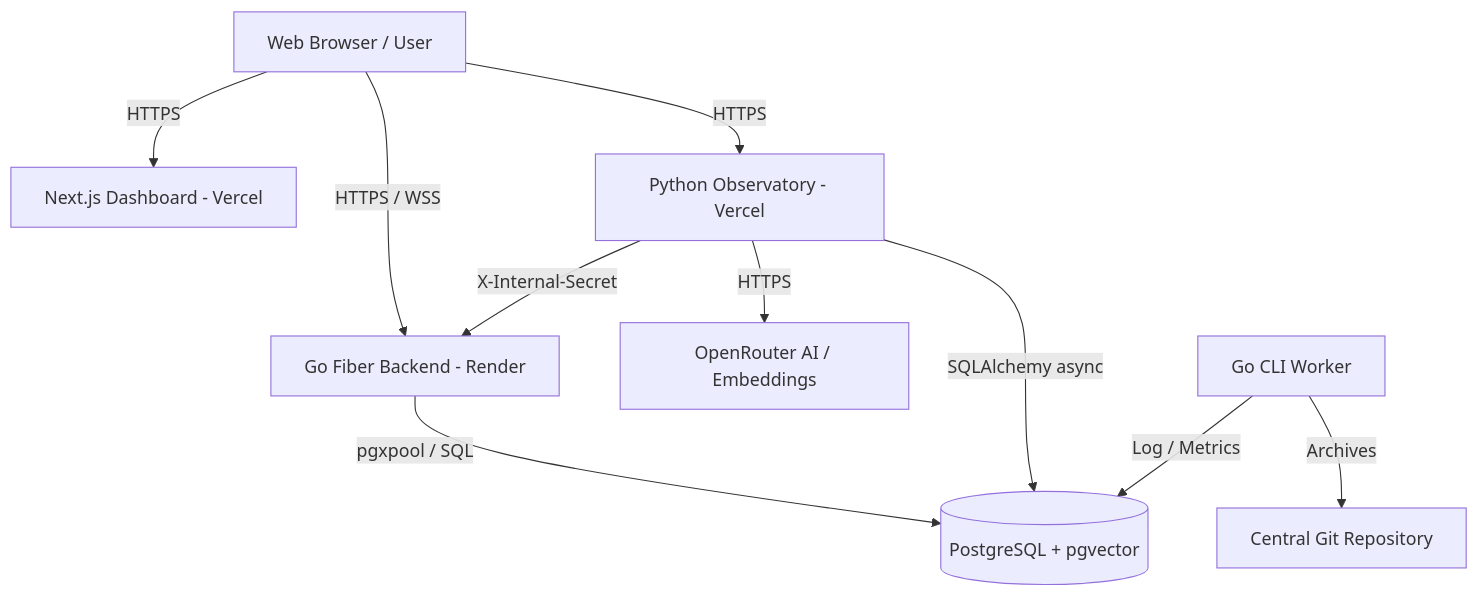
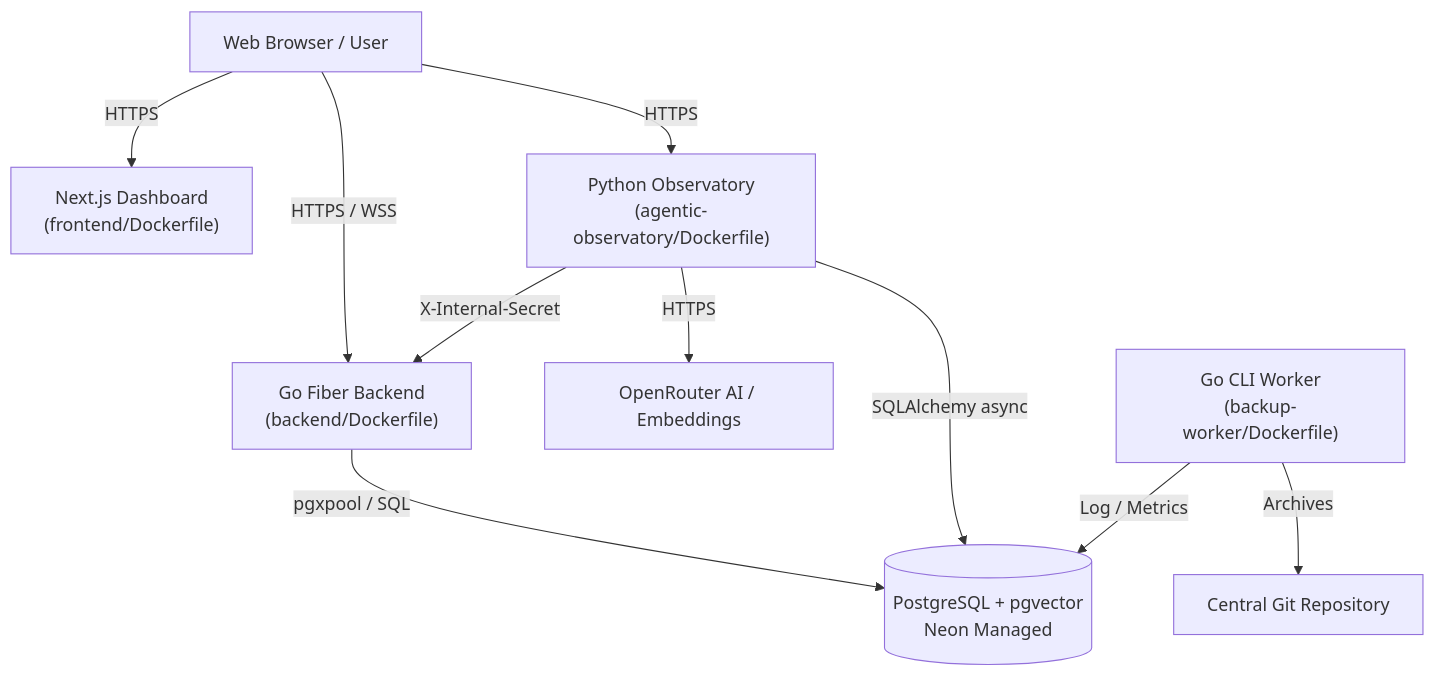
One commit to MishraShardendu22/GitHub-BackUp-Script changed the diagram in README.md. Above: the diagram before and after it, drawn with Mermaid. The commit also changed other lines of this file and 24 other files, not shown here.

````diff
--- a/README.md
+++ b/README.md
@@ -27,14 +31,14 @@
 ```mermaid
 graph TD
-    Client[Web Browser / User] -->|HTTPS| Frontend[Next.js Dashboard - Vercel]
-    Client -->|HTTPS| PythonAgent[Python Observatory - Vercel]
-    Client -->|HTTPS / WSS| GoBackend[Go Fiber Backend - Render]
+    Client[Web Browser / User] -->|HTTPS| Frontend["Next.js Dashboard\n(frontend/Dockerfile)"]
+    Client -->|HTTPS| PythonAgent["Python Observatory\n(agentic-observatory/Dockerfile)"]
+    Client -->|HTTPS / WSS| GoBackend["Go Fiber Backend\n(backend/Dockerfile)"]
 
-    GoBackend -->|pgxpool / SQL| PG[(PostgreSQL + pgvector)]
+    GoBackend -->|pgxpool / SQL| PG[(PostgreSQL + pgvector\nNeon Managed)]
     PythonAgent -->|SQLAlchemy async| PG
     PythonAgent -->|X-Internal-Secret| GoBackend
     PythonAgent -->|HTTPS| OpenRouter[OpenRouter AI / Embeddings]
 
-    Worker[Go CLI Worker] -->|Archives| GitRepos[Central Git Repository]
+    Worker["Go CLI Worker\n(backup-worker/Dockerfile)"] -->|Archives| GitRepos[Central Git Repository]
     Worker -->|Log / Metrics| PG
 ```
````
